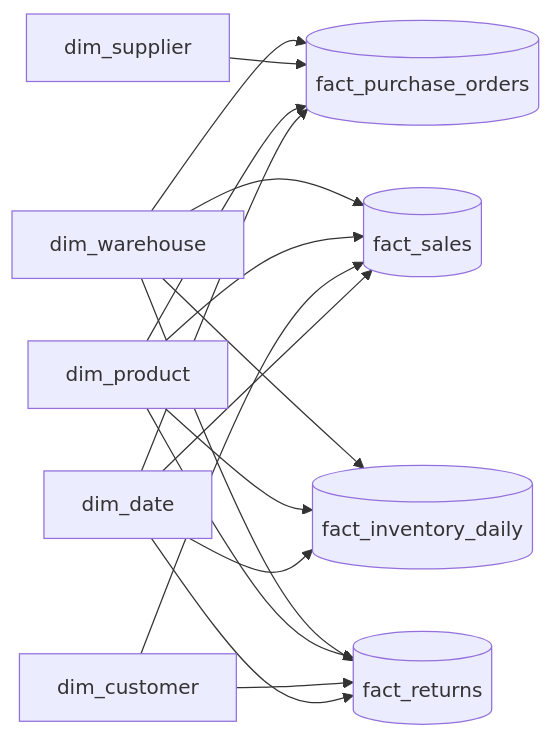
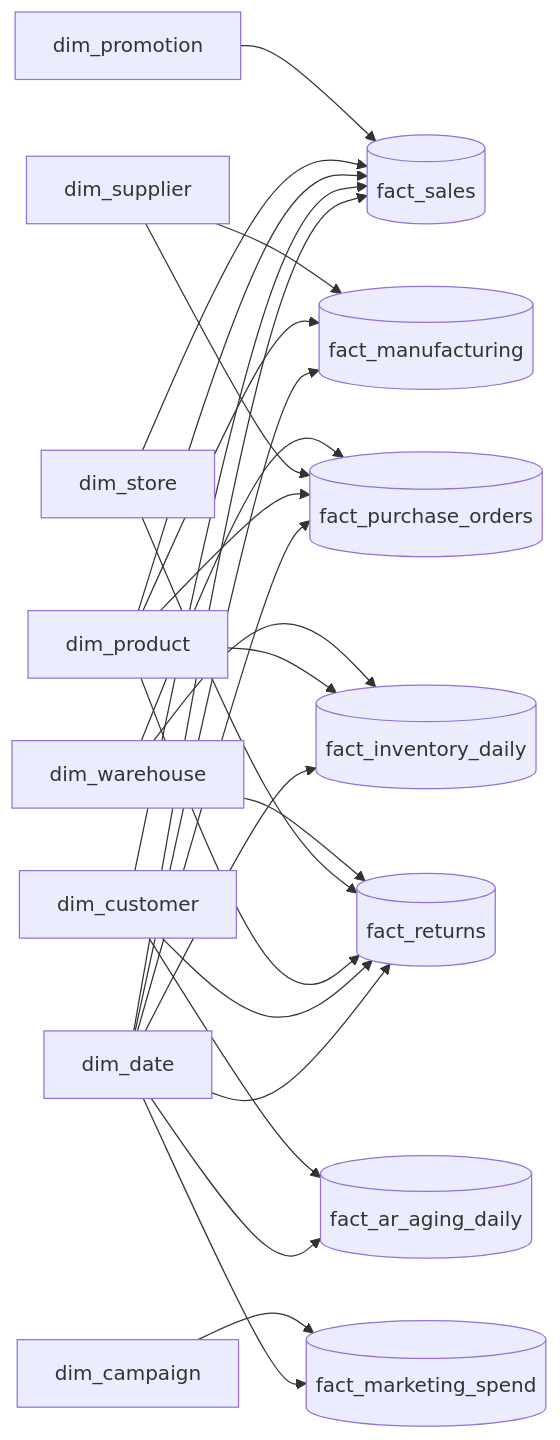
The first of 4 diagrams in vespera-analytics-platform/docs/02_architecture/03_star_schema.md (jovync/analytics-portfolio), drawn with Mermaid before and after one commit. The commit also changed other lines of this file and 16 other files, not shown here.

First line of the commit message:
Add marketing spend dbt slice (dim_campaign, fact_marketing_spend)

````diff
--- a/vespera-analytics-platform/docs/02_architecture/03_star_schema.md
+++ b/vespera-analytics-platform/docs/02_architecture/03_star_schema.md
@@ -77,33 +78,51 @@
 ```mermaid
 flowchart LR
 
     D1[dim_date]
     D2[dim_customer]
     D3[dim_product]
+    D4[dim_store]
     D5[dim_supplier]
     D6[dim_warehouse]
+    D7[dim_promotion]
+    D8[dim_campaign]
 
     F1[(fact_sales)]
     F2[(fact_purchase_orders)]
     F3[(fact_inventory_daily)]
+    F4[(fact_manufacturing)]
     F5[(fact_returns)]
+    F6[(fact_ar_aging_daily)]
+    F7[(fact_marketing_spend)]
 
     D1 --> F1
     D2 --> F1
     D3 --> F1
-    D6 --> F1
+    D4 --> F1
+    D7 --> F1
 
     D1 --> F2
     D3 --> F2
     D5 --> F2
     D6 --> F2
 
     D1 --> F3
     D3 --> F3
     D6 --> F3
 
+    D1 --> F4
+    D3 --> F4
+    D5 --> F4
+
     D1 --> F5
     D2 --> F5
     D3 --> F5
+    D4 --> F5
     D6 --> F5
+
+    D1 --> F6
+    D2 --> F6
+
+    D1 --> F7
+    D8 --> F7
 ```
````
